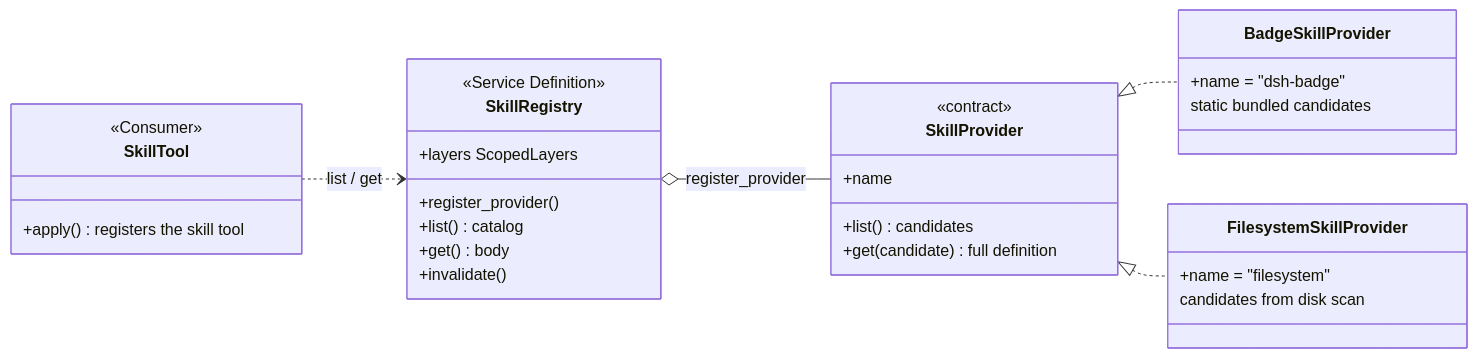
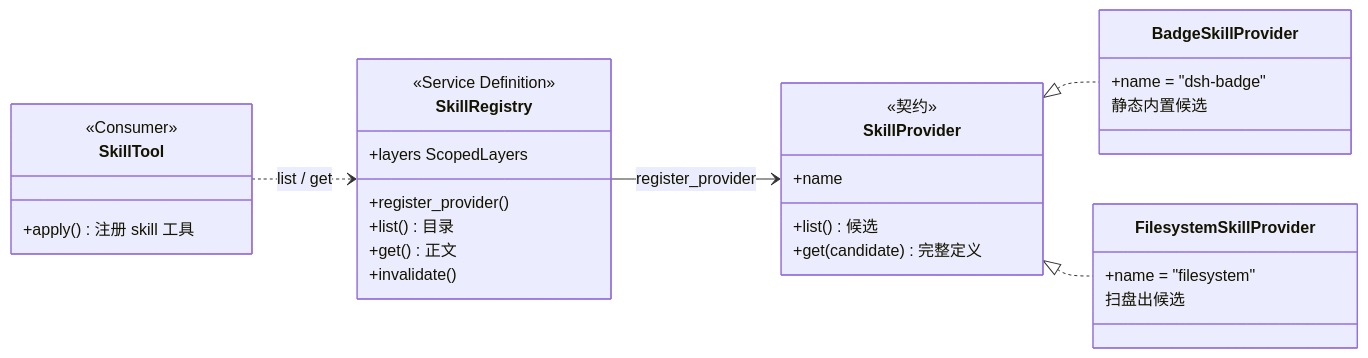
Before and after one commit to ChenYu1991ppak/deepseek-harness-anatomy: the diagram in ch12/ch12-skill_en.md, drawn with Mermaid. The commit also changed other lines of this file and 124 other files, not shown here.

````diff
--- a/ch12/ch12-skill_en.md
+++ b/ch12/ch12-skill_en.md
@@ -115,34 +115,34 @@
 ```mermaid
 classDiagram
     direction LR
     class SkillProvider {
-        <<contract>>
+        <<契约>>
         +name
-        +list() candidates
-        +get(candidate) full definition
+        +list() 候选
+        +get(candidate) 完整定义
     }
     class BadgeSkillProvider {
         +name = "dsh-badge"
-        static bundled candidates
+        静态内置候选
     }
     class FilesystemSkillProvider {
         +name = "filesystem"
-        candidates from disk scan
+        扫盘出候选
     }
     class SkillRegistry {
         <<Service Definition>>
         +layers ScopedLayers
         +register_provider()
-        +list() catalog
-        +get() body
+        +list() 目录
+        +get() 正文
         +invalidate()
     }
     class SkillTool {
         <<Consumer>>
-        +apply() registers the skill tool
+        +apply() 注册 skill 工具
     }
     SkillProvider <|.. BadgeSkillProvider
     SkillProvider <|.. FilesystemSkillProvider
-    SkillRegistry o-- SkillProvider : register_provider
+    SkillRegistry --> SkillProvider : register_provider
     SkillTool ..> SkillRegistry : list / get
 ```
````
